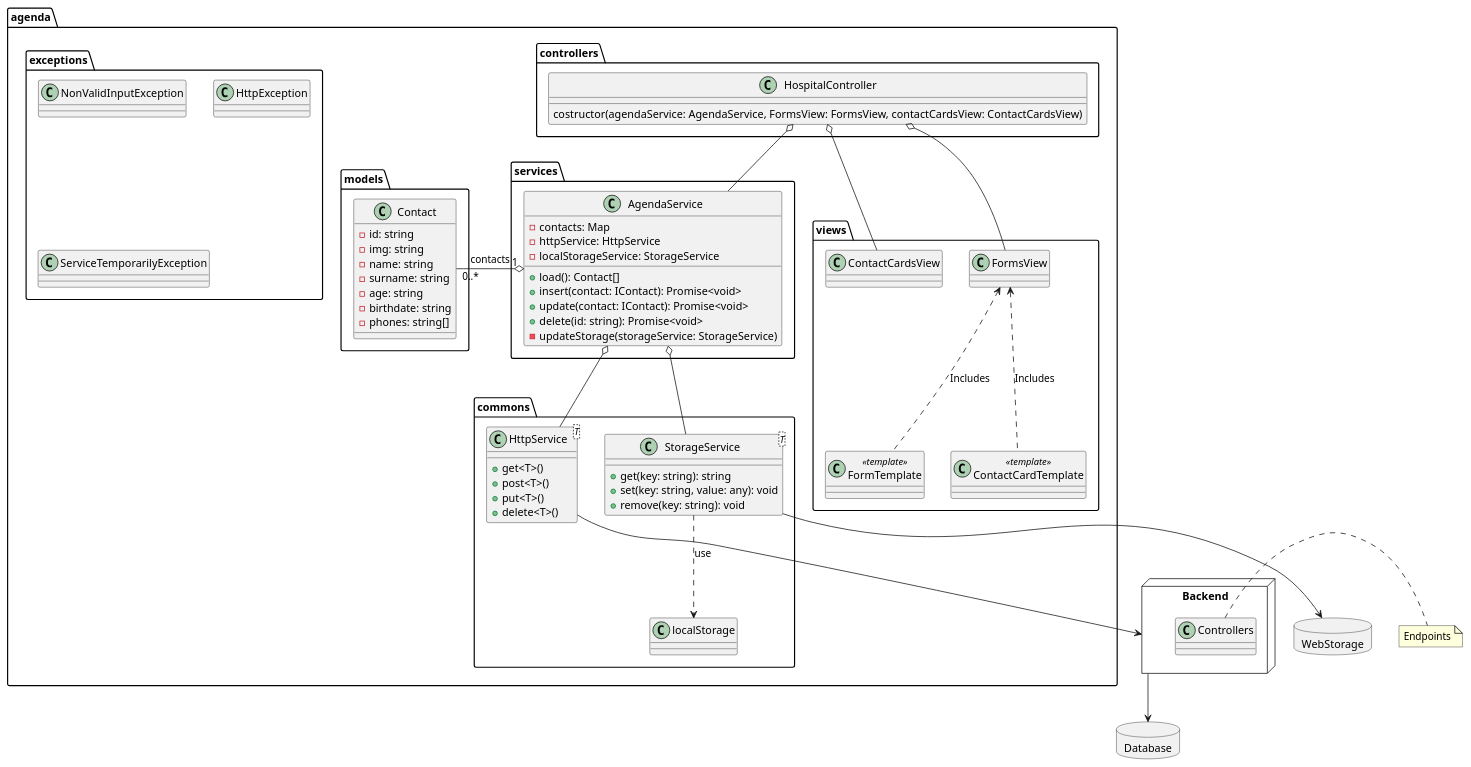
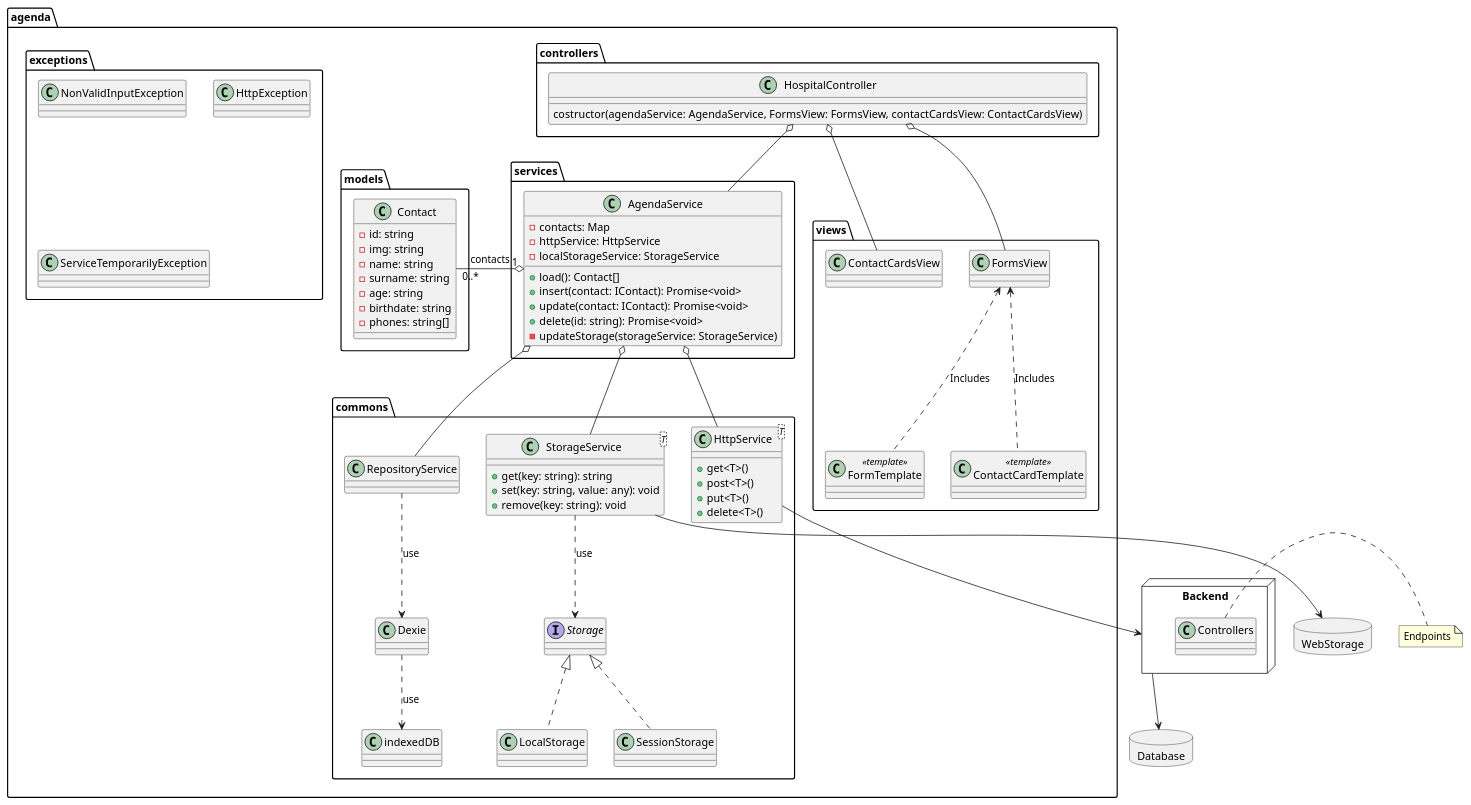
The diagram in docs/uml/agenda.puml (raulwwq0/Agenda-TypeScript), drawn with PlantUML before and after one commit.

Commit message:
feat(docs/uml): add RepositoryService

```diff
--- a/docs/uml/agenda.puml
+++ b/docs/uml/agenda.puml
@@ -1,102 +1,112 @@
 @startuml Agenda
 
 package Database <<Database>> {
 
 }
 node Backend {
     class Controllers{}
 }
 note right: Endpoints
 
 Backend --> Database
 
 package agenda {
-    
+
 
     package commons {
 
-      class HttpService<T>{
-          + get<T>()
-          + post<T>()
-          + put<T>()
-          + delete<T>()
-      }
+        class HttpService<T>{
+            + get<T>()
+            + post<T>()
+            + put<T>()
+            + delete<T>()
+        }
 
-      class StorageService<T> {
-          + get(key: string): string
-          + set(key: string, value: any): void
-          + remove(key: string): void
-      }
+        class StorageService<T> {
+            + get(key: string): string
+            + set(key: string, value: any): void
+            + remove(key: string): void
+        }
 
-      StorageService -[dashed]-> localStorage: "use"
+        class RepositoryService {}
+
+        interface Storage {}
+
+        class LocalStorage implements Storage {}
+        class SessionStorage implements Storage {}
+
+        StorageService -[dashed]-> Storage: "use"
+        RepositoryService -[dashed]-> Dexie: "use"
+        Dexie -[dashed]-> indexedDB: "use"
 
     }
 
     package services {
         class AgendaService {
-              
+
             - contacts: Map
             - httpService: HttpService
             - localStorageService: StorageService
             + load(): Contact[]
             + insert(contact: IContact): Promise<void>
             + update(contact: IContact): Promise<void>
             + delete(id: string): Promise<void>
             - updateStorage(storageService: StorageService)
         }
 
         AgendaService o-- HttpService
         AgendaService o-- StorageService
+        AgendaService o-- RepositoryService
+    }
 
-  
-    }   
-    
+
     package views {
         class ContactCardsView{}
         class FormsView{}
         class FormTemplate<<template>> {}
         class ContactCardTemplate<<template>> {}
 
         FormsView <.. FormTemplate: "Includes"
         FormsView <.. ContactCardTemplate: "Includes"
     }
     package controllers {
         class HospitalController {
             costructor(agendaService: AgendaService, FormsView: FormsView, contactCardsView: ContactCardsView)
 
         }
 
         HospitalController o-- AgendaService
-        HospitalController o-- FormsView 
+        HospitalController o-- FormsView
         HospitalController o-- ContactCardsView
     }
-    package models {       
+    package models {
+
 
         class Contact {
             - id: string
             - img: string
             - name: string
             - surname: string
             - age: string
             - birthdate: string
             - phones: string[]
         }
 
 
         AgendaService "1" o- "0..*" Contact : contacts
     }
     package exceptions {
-       class NonValidInputException{}
-       class HttpException{}
-       class ServiceTemporarilyException{}
+        class NonValidInputException{}
+        class HttpException{}
+        class ServiceTemporarilyException{}
     }
 
 }
 
-    package WebStorage <<Database>> {
-        
-    }
+package WebStorage <<Database>> {
 
-    StorageService --> WebStorage
-    HttpService --> Backend
+}
+
+StorageService --> WebStorage
+HttpService --> Backend
 @enduml
```
